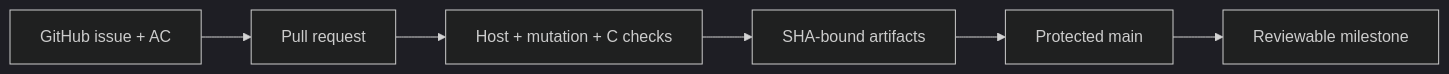
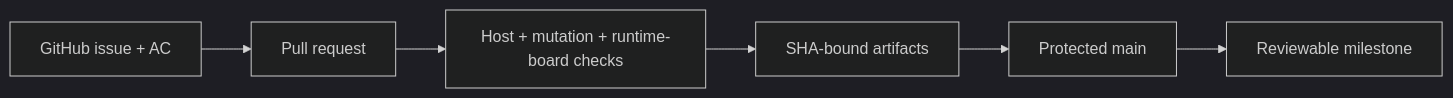
The diagram in docs/feature-specs/0007-repository-governance.md (Remeic/tsx-lvgl), drawn with Mermaid (dark theme) before and after one commit. The commit also changed 82 other files, not shown here.

First line of the commit message:
feat(runtime): replace generated-C path with JS runtime architecture (#28)

````diff
--- a/docs/feature-specs/0007-repository-governance.md
+++ b/docs/feature-specs/0007-repository-governance.md
@@ -13,8 +13,8 @@
 ```mermaid
 flowchart LR
     Issue[GitHub issue + AC] --> PR[Pull request]
-    PR --> Checks[Host + mutation + C checks]
+    PR --> Checks[Host + mutation + runtime-board checks]
     Checks --> Evidence[SHA-bound artifacts]
     Evidence --> Protected[Protected main]
     Protected --> Release[Reviewable milestone]
 ```
````
